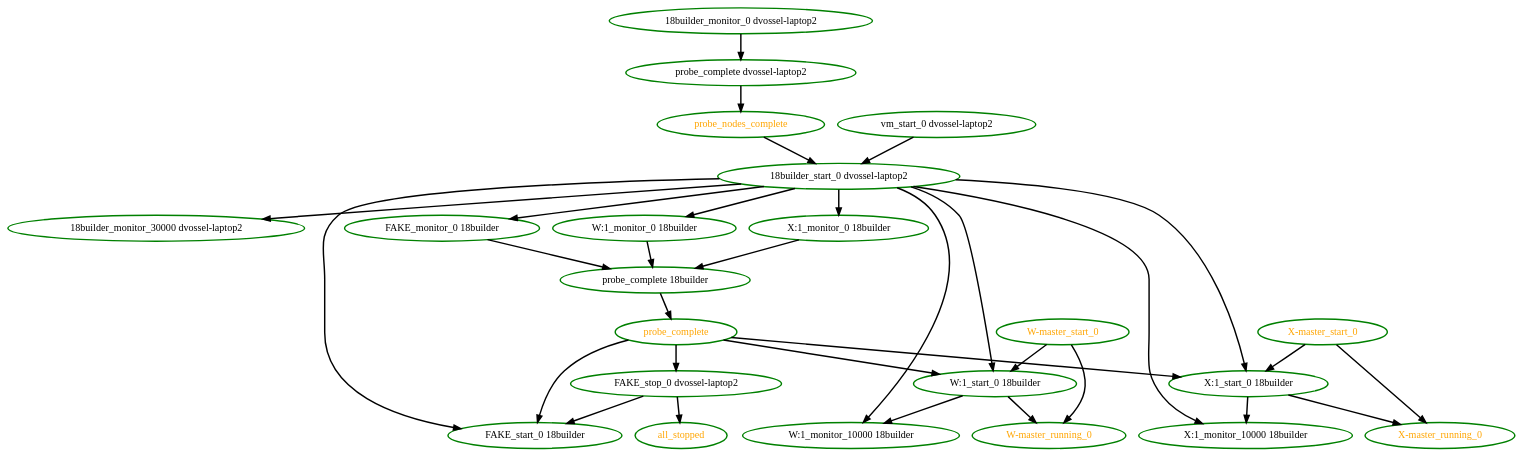
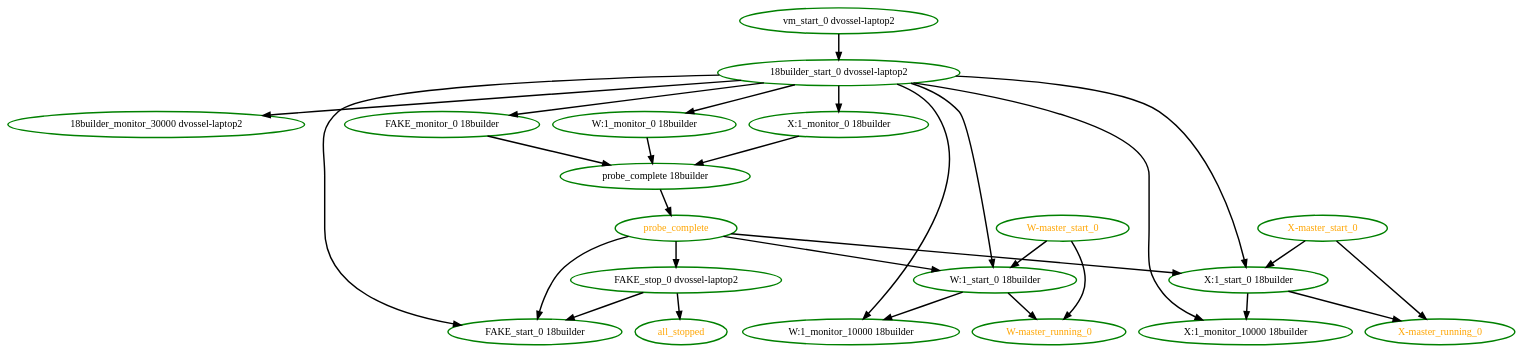
One commit to ClusterLabs/pacemaker changed the diagram in pengine/test10/whitebox-fail3.dot. Above: the diagram before and after it, drawn with Graphviz. The commit also changed 8 other files, not shown here.

```diff
--- a/pengine/test10/whitebox-fail3.dot
+++ b/pengine/test10/whitebox-fail3.dot
@@ -1,55 +1,49 @@
 digraph "g" {
-"18builder_monitor_0 dvossel-laptop2" -> "probe_complete dvossel-laptop2" [ style = bold]
-"18builder_monitor_0 dvossel-laptop2" [ style=bold color="green" fontcolor="black"]
 "18builder_monitor_30000 dvossel-laptop2" [ style=bold color="green" fontcolor="black"]
 "18builder_start_0 dvossel-laptop2" -> "18builder_monitor_30000 dvossel-laptop2" [ style = bold]
 "18builder_start_0 dvossel-laptop2" -> "FAKE_monitor_0 18builder" [ style = bold]
 "18builder_start_0 dvossel-laptop2" -> "FAKE_start_0 18builder" [ style = bold]
 "18builder_start_0 dvossel-laptop2" -> "W:1_monitor_0 18builder" [ style = bold]
 "18builder_start_0 dvossel-laptop2" -> "W:1_monitor_10000 18builder" [ style = bold]
 "18builder_start_0 dvossel-laptop2" -> "W:1_start_0 18builder" [ style = bold]
 "18builder_start_0 dvossel-laptop2" -> "X:1_monitor_0 18builder" [ style = bold]
 "18builder_start_0 dvossel-laptop2" -> "X:1_monitor_10000 18builder" [ style = bold]
 "18builder_start_0 dvossel-laptop2" -> "X:1_start_0 18builder" [ style = bold]
 "18builder_start_0 dvossel-laptop2" [ style=bold color="green" fontcolor="black"]
 "FAKE_monitor_0 18builder" -> "probe_complete 18builder" [ style = bold]
 "FAKE_monitor_0 18builder" [ style=bold color="green" fontcolor="black"]
 "FAKE_start_0 18builder" [ style=bold color="green" fontcolor="black"]
 "FAKE_stop_0 dvossel-laptop2" -> "FAKE_start_0 18builder" [ style = bold]
 "FAKE_stop_0 dvossel-laptop2" -> "all_stopped" [ style = bold]
 "FAKE_stop_0 dvossel-laptop2" [ style=bold color="green" fontcolor="black"]
 "W-master_running_0" [ style=bold color="green" fontcolor="orange"]
 "W-master_start_0" -> "W-master_running_0" [ style = bold]
 "W-master_start_0" -> "W:1_start_0 18builder" [ style = bold]
 "W-master_start_0" [ style=bold color="green" fontcolor="orange"]
 "W:1_monitor_0 18builder" -> "probe_complete 18builder" [ style = bold]
 "W:1_monitor_0 18builder" [ style=bold color="green" fontcolor="black"]
 "W:1_monitor_10000 18builder" [ style=bold color="green" fontcolor="black"]
 "W:1_start_0 18builder" -> "W-master_running_0" [ style = bold]
 "W:1_start_0 18builder" -> "W:1_monitor_10000 18builder" [ style = bold]
 "W:1_start_0 18builder" [ style=bold color="green" fontcolor="black"]
 "X-master_running_0" [ style=bold color="green" fontcolor="orange"]
 "X-master_start_0" -> "X-master_running_0" [ style = bold]
 "X-master_start_0" -> "X:1_start_0 18builder" [ style = bold]
 "X-master_start_0" [ style=bold color="green" fontcolor="orange"]
 "X:1_monitor_0 18builder" -> "probe_complete 18builder" [ style = bold]
 "X:1_monitor_0 18builder" [ style=bold color="green" fontcolor="black"]
 "X:1_monitor_10000 18builder" [ style=bold color="green" fontcolor="black"]
 "X:1_start_0 18builder" -> "X-master_running_0" [ style = bold]
 "X:1_start_0 18builder" -> "X:1_monitor_10000 18builder" [ style = bold]
 "X:1_start_0 18builder" [ style=bold color="green" fontcolor="black"]
 "all_stopped" [ style=bold color="green" fontcolor="orange"]
 "probe_complete 18builder" -> "probe_complete" [ style = bold]
 "probe_complete 18builder" [ style=bold color="green" fontcolor="black"]
-"probe_complete dvossel-laptop2" -> "probe_nodes_complete" [ style = bold]
-"probe_complete dvossel-laptop2" [ style=bold color="green" fontcolor="black"]
 "probe_complete" -> "FAKE_start_0 18builder" [ style = bold]
 "probe_complete" -> "FAKE_stop_0 dvossel-laptop2" [ style = bold]
 "probe_complete" -> "W:1_start_0 18builder" [ style = bold]
 "probe_complete" -> "X:1_start_0 18builder" [ style = bold]
 "probe_complete" [ style=bold color="green" fontcolor="orange"]
-"probe_nodes_complete" -> "18builder_start_0 dvossel-laptop2" [ style = bold]
-"probe_nodes_complete" [ style=bold color="green" fontcolor="orange"]
 "vm_start_0 dvossel-laptop2" -> "18builder_start_0 dvossel-laptop2" [ style = bold]
 "vm_start_0 dvossel-laptop2" [ style=bold color="green" fontcolor="black"]
 }
```
